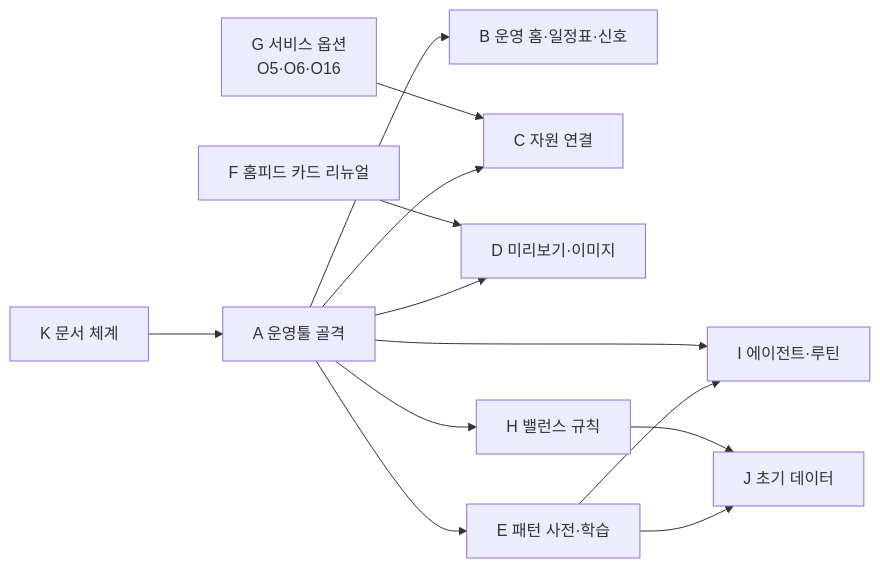
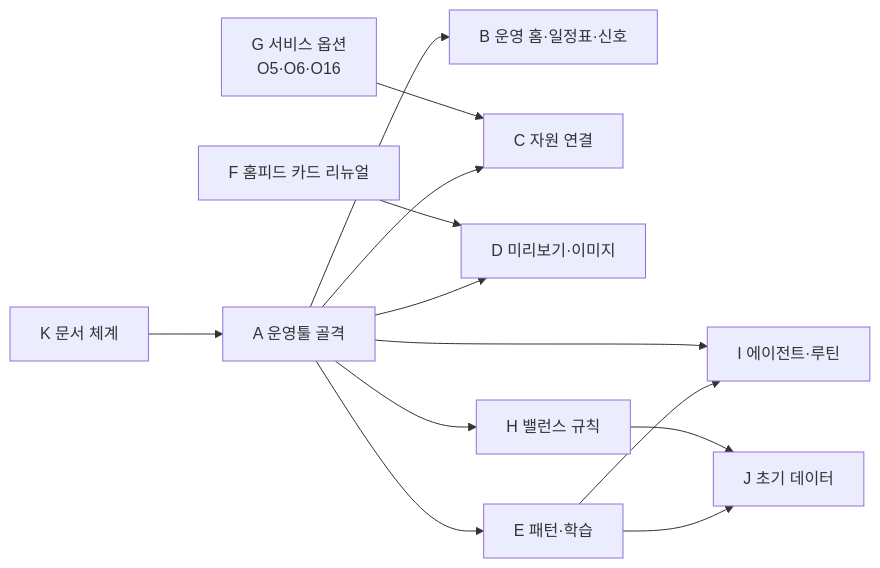
The third of 3 diagrams in docs/plan/vision/07 JAM! 라이브 운영 블루프린트.md (standardmanual/jam), drawn with Mermaid before and after one commit. The commit also changed other lines of this file and 11 other files, not shown here.

````diff
--- a/docs/plan/vision/07 JAM! 라이브 운영 블루프린트.md
+++ b/docs/plan/vision/07 JAM! 라이브 운영 블루프린트.md
@@ -378,15 +378,15 @@
 ```mermaid
 flowchart LR
   K2["K 문서 체계"] --> A["A 운영툴 골격"]
   A --> B["B 운영 홈·일정표·신호"]
   A --> C["C 자원 연결"]
   A --> D["D 미리보기·이미지"]
-  A --> E["E 패턴 사전·학습"]
+  A --> E["E 패턴·학습"]
   A --> H["H 밸런스 규칙"]
   G["G 서비스 옵션<br/>O5·O6·O16"] --> C
   F["F 홈피드 카드 리뉴얼"] --> D
   E --> I["I 에이전트·루틴"]
   A --> I
   E --> J["J 초기 데이터"]
   H --> J
 ```
````
